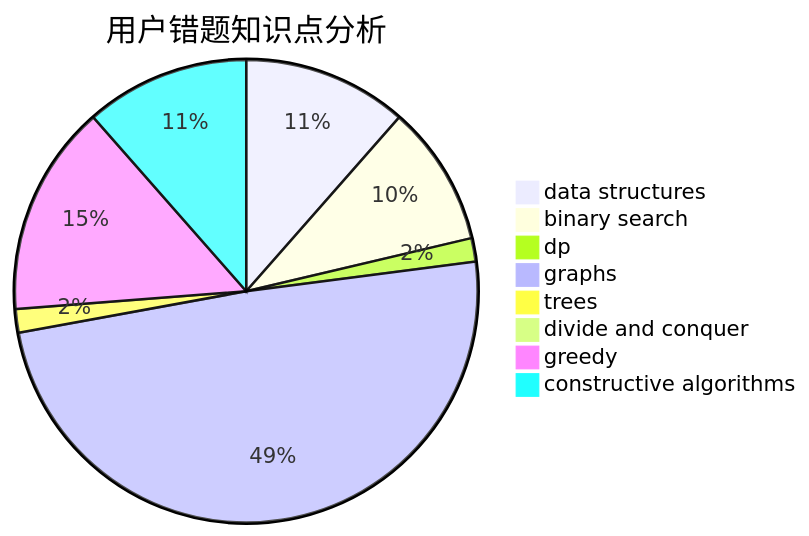
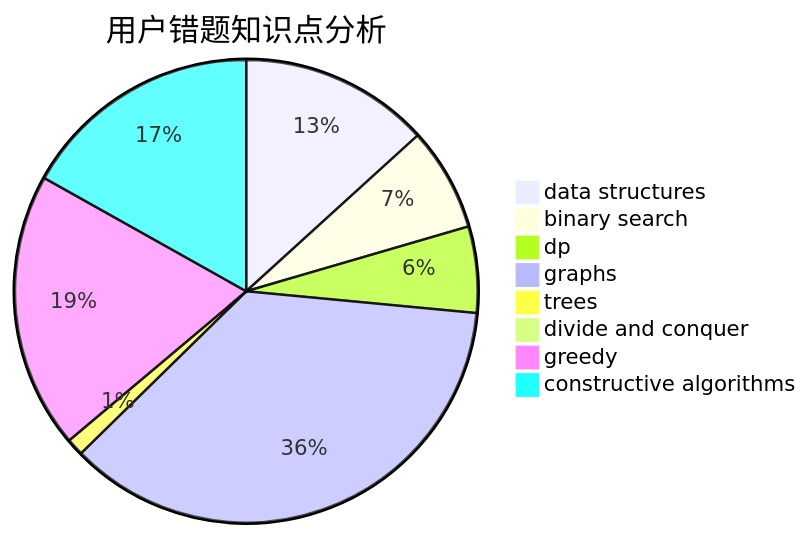
Before and after one commit to sherpahu/cfrs.github.io: the third of 3 diagrams in docs/user/u1386.md, drawn with Mermaid. The commit also changed other lines of this file and 2770 other files, not shown here.

````diff
--- a/docs/user/u1386.md
+++ b/docs/user/u1386.md
@@ -36,11 +36,11 @@
 ```mermaid
 pie title 用户错题知识点分析
-    "data structures" :  7
+    "data structures" :  11
     "binary search" :  6
-    "dp" :  1
+    "dp" :  5
     "graphs" :  30
     "trees" :  1
     "divide and conquer" :  0
-    "greedy" :  9
-    "constructive algorithms" :  7
+    "greedy" :  16
+    "constructive algorithms" :  14
 ```
````
